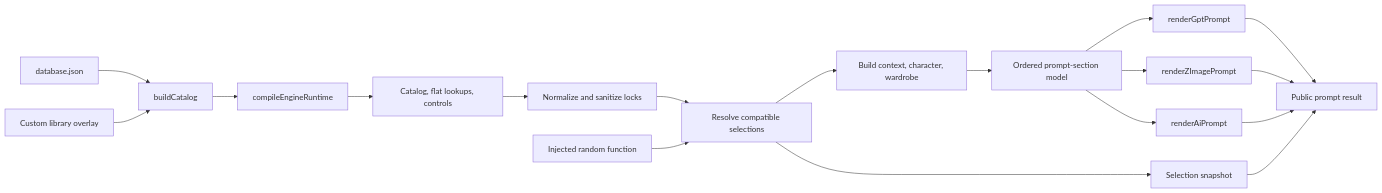
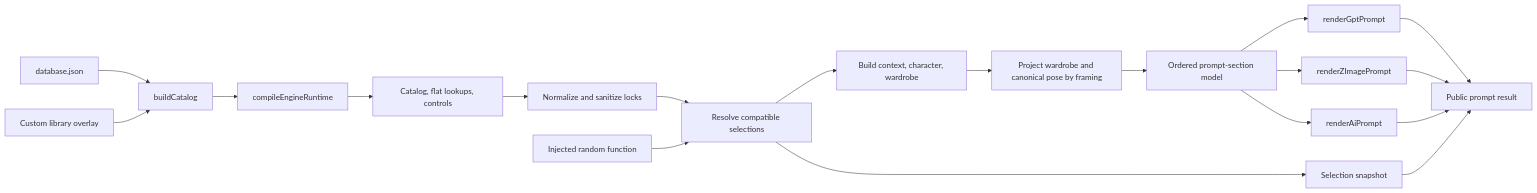
Before and after one commit to Cooperfu615-Desinger/Virtual_Photography_Studio: the diagram in Docs/specs/engine-architecture.md, drawn with Mermaid. The commit also changed other lines of this file and 12 other files, not shown here.

Commit message:
Project pose visibility by composition

````diff
--- a/Docs/specs/engine-architecture.md
+++ b/Docs/specs/engine-architecture.md
@@ -15,20 +15,21 @@
 ```mermaid
 flowchart LR
     A[database.json] --> C[buildCatalog]
     B[Custom library overlay] --> C
     C --> D[compileEngineRuntime]
     D --> E[Catalog, flat lookups, controls]
     E --> F[Normalize and sanitize locks]
     F --> G[Resolve compatible selections]
     R[Injected random function] --> G
     G --> H[Build context, character, wardrobe]
-    H --> I[Ordered prompt-section model]
+    H --> V[Project wardrobe and canonical pose by framing]
+    V --> I[Ordered prompt-section model]
     I --> J[renderGptPrompt]
     I --> K[renderZImagePrompt]
     I --> L[renderAiPrompt]
     G --> M[Selection snapshot]
     J --> N[Public prompt result]
     K --> N
     L --> N
     M --> N
 ```
````
